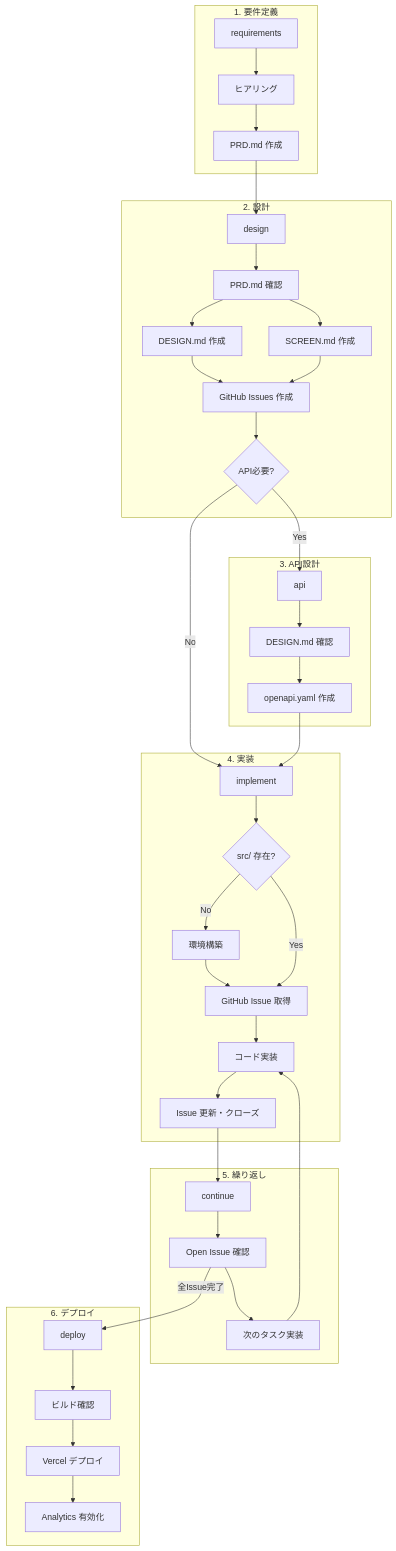
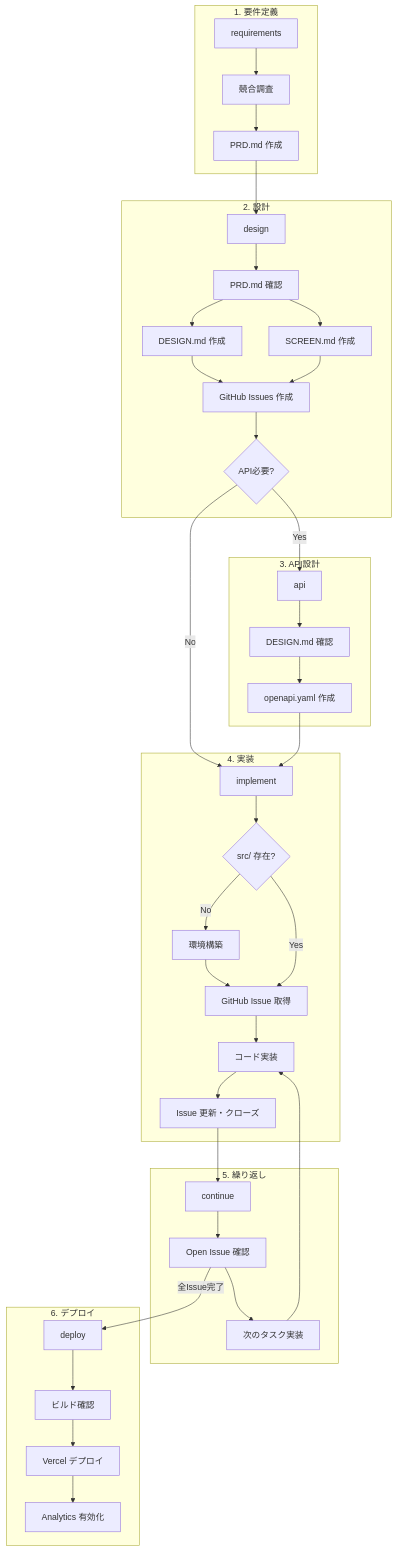
The diagram in docs/DEVELOPMENT_FLOW.md (m4qina/vibe-coding-next), drawn with Mermaid before and after one commit. The commit also changed other lines of this file and 4 other files, not shown here.

````diff
--- a/docs/DEVELOPMENT_FLOW.md
+++ b/docs/DEVELOPMENT_FLOW.md
@@ -5,42 +5,42 @@
 ```mermaid
 flowchart TB
     subgraph phase1 [1. 要件定義]
-        A1["requirements"] --> A2["ヒアリング"] --> A3["PRD.md 作成"]
+        A1["requirements"] --> A2["競合調査"] --> A3["PRD.md 作成"]
     end
 
     subgraph phase2 [2. 設計]
         B1["design"] --> B2["PRD.md 確認"] --> B3["DESIGN.md 作成"]
         B2 --> B4["SCREEN.md 作成"]
         B3 --> B5["GitHub Issues 作成"]
         B4 --> B5
         B5 --> B6{"API必要?"}
     end
 
     subgraph phase3 [3. API設計]
         C1["api"] --> C2["DESIGN.md 確認"] --> C3["openapi.yaml 作成"]
     end
 
     subgraph phase4 [4. 実装]
         D1["implement"] --> D2{"src/ 存在?"}
         D2 -->|No| D3["環境構築"] --> D4["GitHub Issue 取得"]
         D2 -->|Yes| D4
         D4 --> D5["コード実装"] --> D6["Issue 更新・クローズ"]
     end
 
     subgraph phase5 [5. 繰り返し]
         E1["continue"] --> E2["Open Issue 確認"] --> E3["次のタスク実装"]
     end
 
     subgraph phase6 [6. デプロイ]
         F1["deploy"] --> F2["ビルド確認"] --> F3["Vercel デプロイ"]
         F3 --> F4["Analytics 有効化"]
     end
 
     A3 --> B1
     B6 -->|Yes| C1
     B6 -->|No| D1
     C3 --> D1
     D6 --> E1
     E3 --> D5
     E2 -->|全Issue完了| F1
 ```
````
